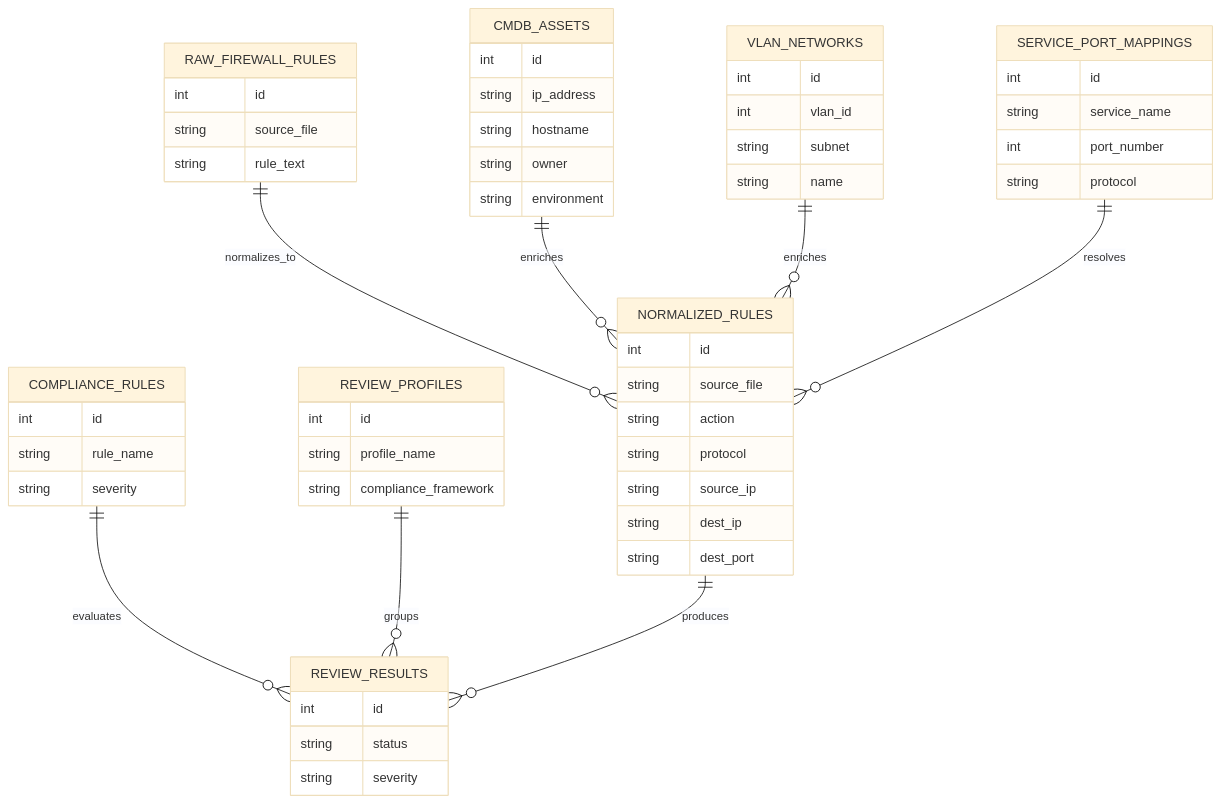
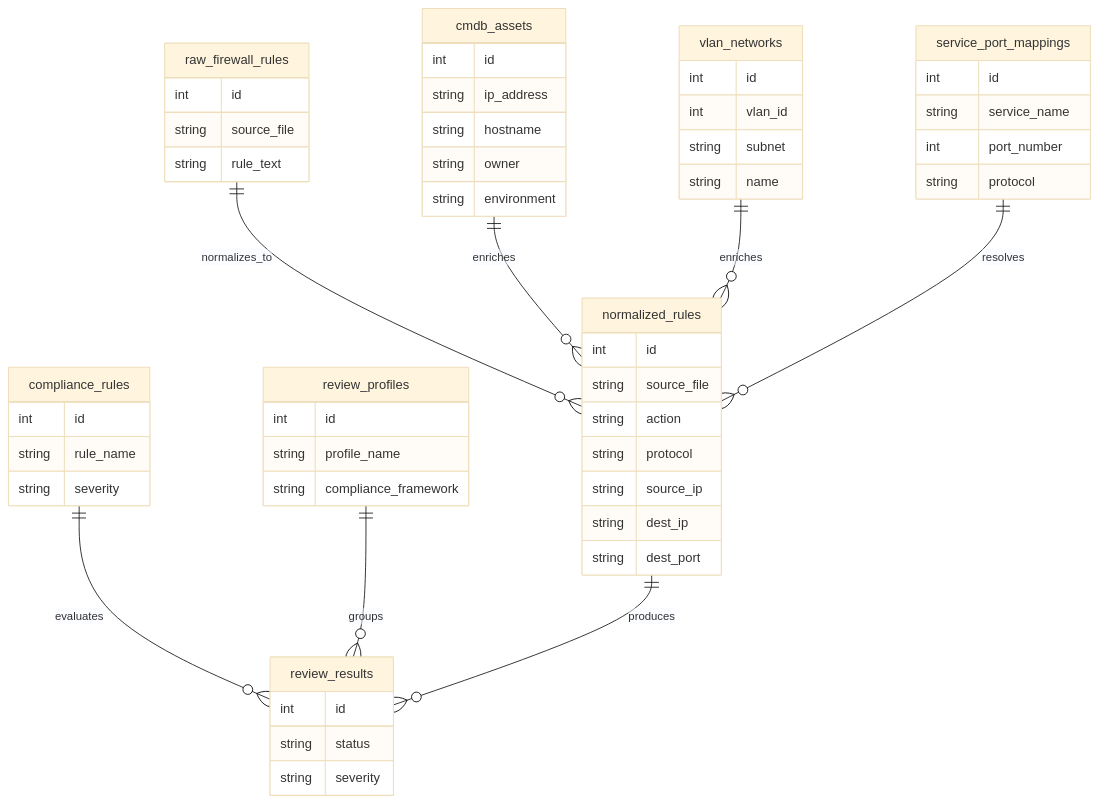
One commit to ShanjulMittal/FRR changed the third of 3 diagrams in README.md. Above: the diagram before and after it, drawn with Mermaid (base theme). The commit also changed other lines of this file, not shown here.

Commit message:
Fix README links, versions, and diagrams

````diff
--- a/README.md
+++ b/README.md
@@ -75,59 +74,59 @@
 ```mermaid
 erDiagram
-  RAW_FIREWALL_RULES ||--o{ NORMALIZED_RULES : normalizes_to
-  CMDB_ASSETS ||--o{ NORMALIZED_RULES : enriches
-  VLAN_NETWORKS ||--o{ NORMALIZED_RULES : enriches
-  SERVICE_PORT_MAPPINGS ||--o{ NORMALIZED_RULES : resolves
-  COMPLIANCE_RULES ||--o{ REVIEW_RESULTS : evaluates
-  REVIEW_PROFILES ||--o{ REVIEW_RESULTS : groups
-  NORMALIZED_RULES ||--o{ REVIEW_RESULTS : produces
+  raw_firewall_rules ||--o{ normalized_rules : normalizes_to
+  cmdb_assets ||--o{ normalized_rules : enriches
+  vlan_networks ||--o{ normalized_rules : enriches
+  service_port_mappings ||--o{ normalized_rules : resolves
+  compliance_rules ||--o{ review_results : evaluates
+  review_profiles ||--o{ review_results : groups
+  normalized_rules ||--o{ review_results : produces
 
-  RAW_FIREWALL_RULES {
+  raw_firewall_rules {
     int id
     string source_file
     string rule_text
   }
-  NORMALIZED_RULES {
+  normalized_rules {
     int id
     string source_file
     string action
     string protocol
     string source_ip
     string dest_ip
     string dest_port
   }
-  CMDB_ASSETS {
+  cmdb_assets {
     int id
     string ip_address
     string hostname
     string owner
     string environment
   }
-  VLAN_NETWORKS {
+  vlan_networks {
     int id
     int vlan_id
     string subnet
     string name
   }
-  SERVICE_PORT_MAPPINGS {
+  service_port_mappings {
     int id
     string service_name
     int port_number
     string protocol
   }
-  COMPLIANCE_RULES {
+  compliance_rules {
     int id
     string rule_name
     string severity
   }
-  REVIEW_PROFILES {
+  review_profiles {
     int id
     string profile_name
     string compliance_framework
   }
-  REVIEW_RESULTS {
+  review_results {
     int id
     string status
     string severity
   }
 ```
````
